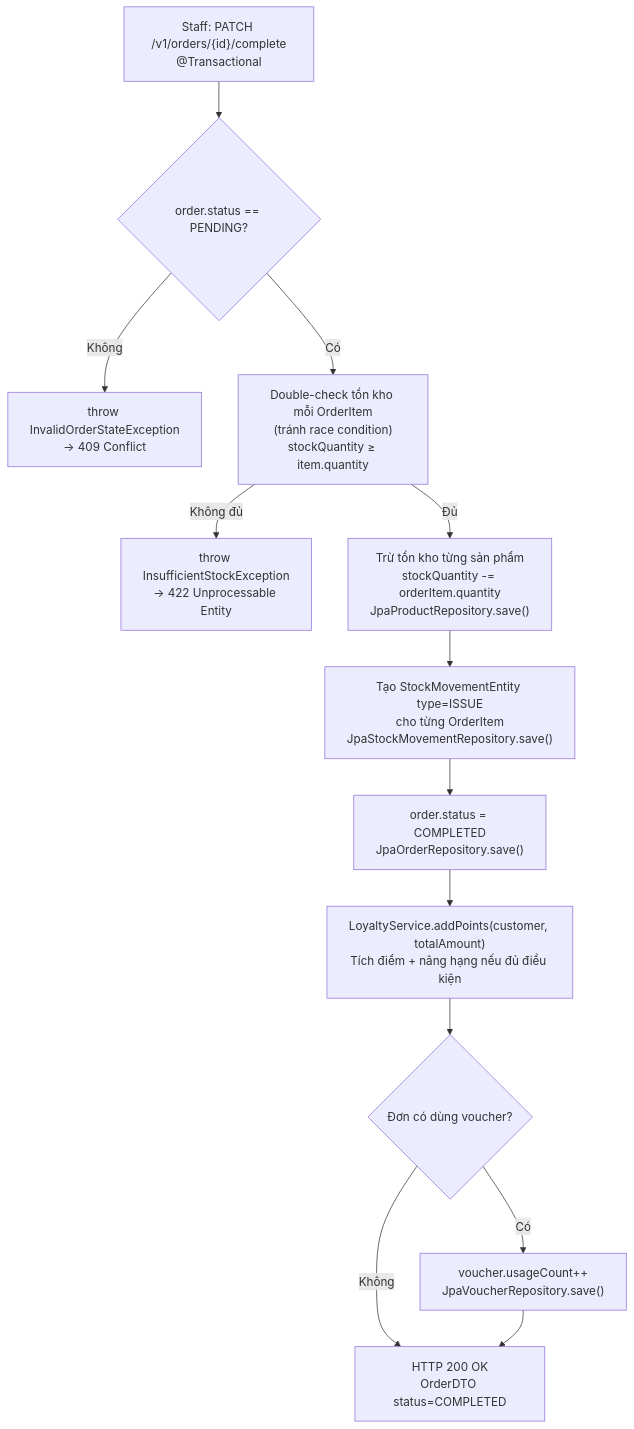
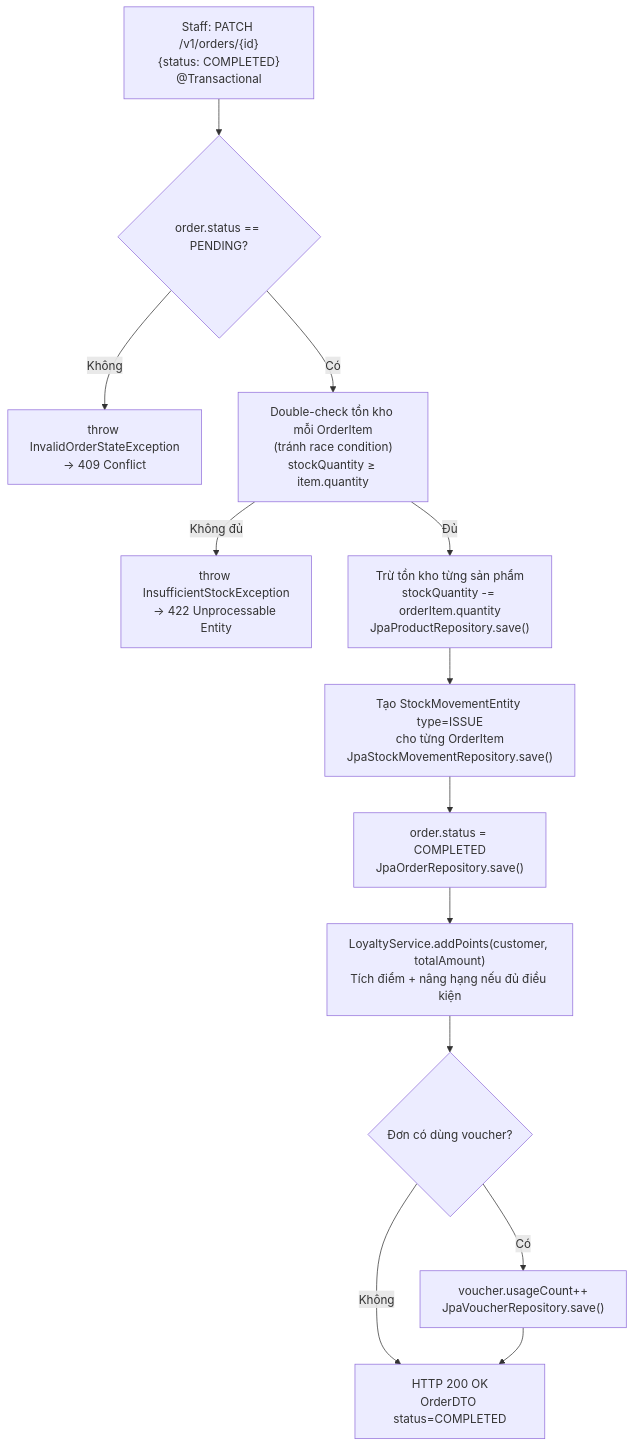
Before and after one commit to nt-hongnhat/StoreVision: the seventh of 8 diagrams in SYSTEM_DESIGN.md, drawn with Mermaid. The commit also changed other lines of this file and 2 other files, not shown here.

First line of the commit message:
feat(order): consolidate status transition endpoints for orders

````diff
--- a/SYSTEM_DESIGN.md
+++ b/SYSTEM_DESIGN.md
@@ -427,18 +439,18 @@
 ```mermaid
 flowchart TD
-    A["Staff: PATCH /v1/orders/{id}/complete\n@Transactional"] --> C1
+    A["Staff: PATCH /v1/orders/{id}\n{status: COMPLETED}\n@Transactional"] --> C1
     C1{order.status == PENDING?}
     C1 -->|Không| E1["throw InvalidOrderStateException\n→ 409 Conflict"]
     C1 -->|Có| C2
     C2["Double-check tồn kho mỗi OrderItem\n(tránh race condition)\nstockQuantity ≥ item.quantity"]
     C2 -->|Không đủ| E2["throw InsufficientStockException\n→ 422 Unprocessable Entity"]
     C2 -->|Đủ| S3
     S3["Trừ tồn kho từng sản phẩm\nstockQuantity -= orderItem.quantity\nJpaProductRepository.save()"]
     S3 --> S4["Tạo StockMovementEntity type=ISSUE\ncho từng OrderItem\nJpaStockMovementRepository.save()"]
     S4 --> S5["order.status = COMPLETED\nJpaOrderRepository.save()"]
     S5 --> S6["LoyaltyService.addPoints(customer, totalAmount)\nTích điểm + nâng hạng nếu đủ điều kiện"]
     S6 --> C7{Đơn có dùng voucher?}
     C7 -->|Có| S7["voucher.usageCount++\nJpaVoucherRepository.save()"]
     C7 -->|Không| END
     S7 --> END["HTTP 200 OK\nOrderDTO status=COMPLETED"]
 ```
````
